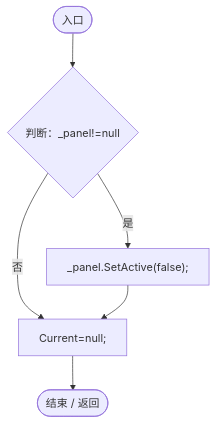
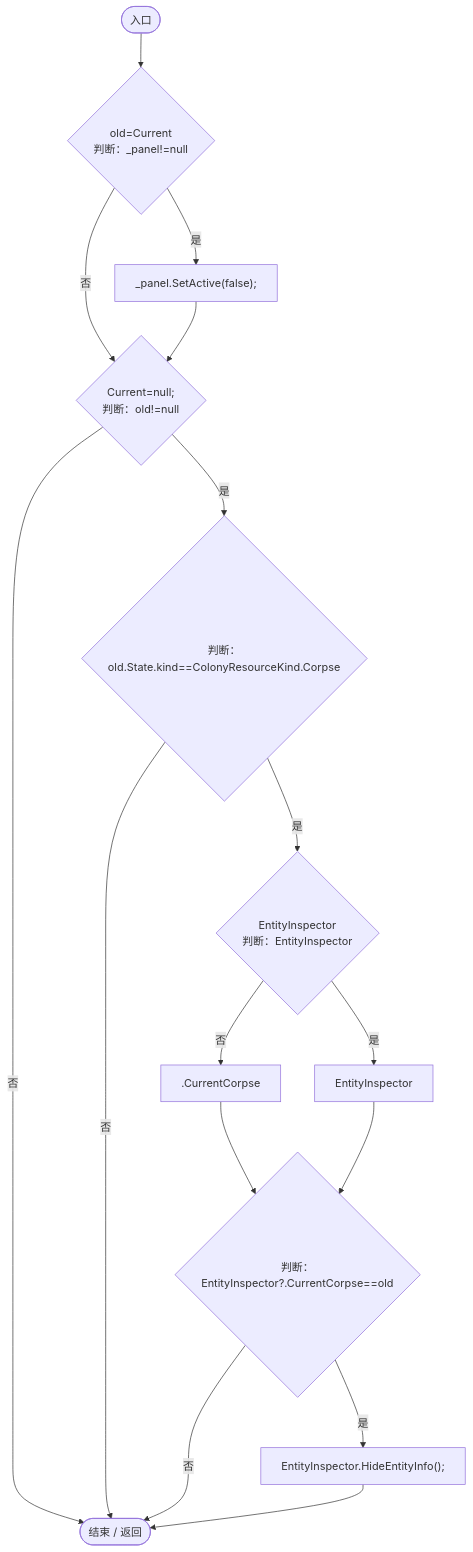
Diagram 14 of 15 in Docs/运行流程图/脚本/044d7e948b6de8b7.md (xhs6666/Darwin_paradise), drawn with Mermaid before and after one commit. The commit also changed other lines of this file and 184 other files, not shown here.

Commit message:
fix: eliminate colony search stalls and unify entity inspection

````diff
--- a/Docs/运行流程图/脚本/044d7e948b6de8b7.md
+++ b/Docs/运行流程图/脚本/044d7e948b6de8b7.md
@@ -449,14 +536,30 @@
 ```mermaid
 flowchart TD
   b0(["入口"])
-  b1{"判断：_panel!=null"}
+  b1{"old=Current<br/>判断：_panel!=null"}
   b2["_panel.SetActive(false);"]
-  b3["Current=null;"]
-  b4(["结束 / 返回"])
+  b3{"Current=null;<br/>判断：old!=null"}
+  b4{"判断：old.State.kind==ColonyResourceKind.Corpse"}
+  b5{"EntityInspector<br/>判断：EntityInspector"}
+  b6[".CurrentCorpse"]
+  b7["EntityInspector"]
+  b8{"判断：EntityInspector?.CurrentCorpse==old"}
+  b9["EntityInspector.HideEntityInfo();"]
+  b10(["结束 / 返回"])
   b0 --> b1
   b1 -->|"是"| b2
   b1 -->|"否"| b3
   b2 --> b3
-  b3 --> b4
+  b3 -->|"是"| b4
+  b3 -->|"否"| b10
+  b4 -->|"是"| b5
+  b4 -->|"否"| b10
+  b5 -->|"否"| b6
+  b5 -->|"是"| b7
+  b6 --> b8
+  b7 --> b8
+  b8 -->|"是"| b9
+  b8 -->|"否"| b10
+  b9 --> b10
 
 ```
````
